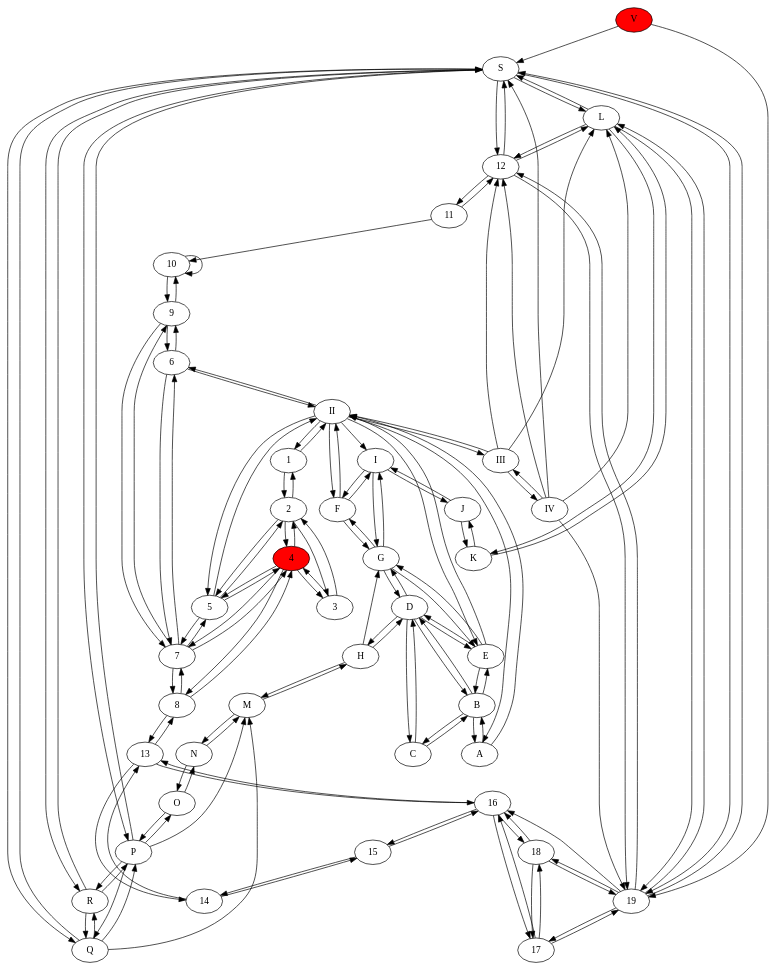
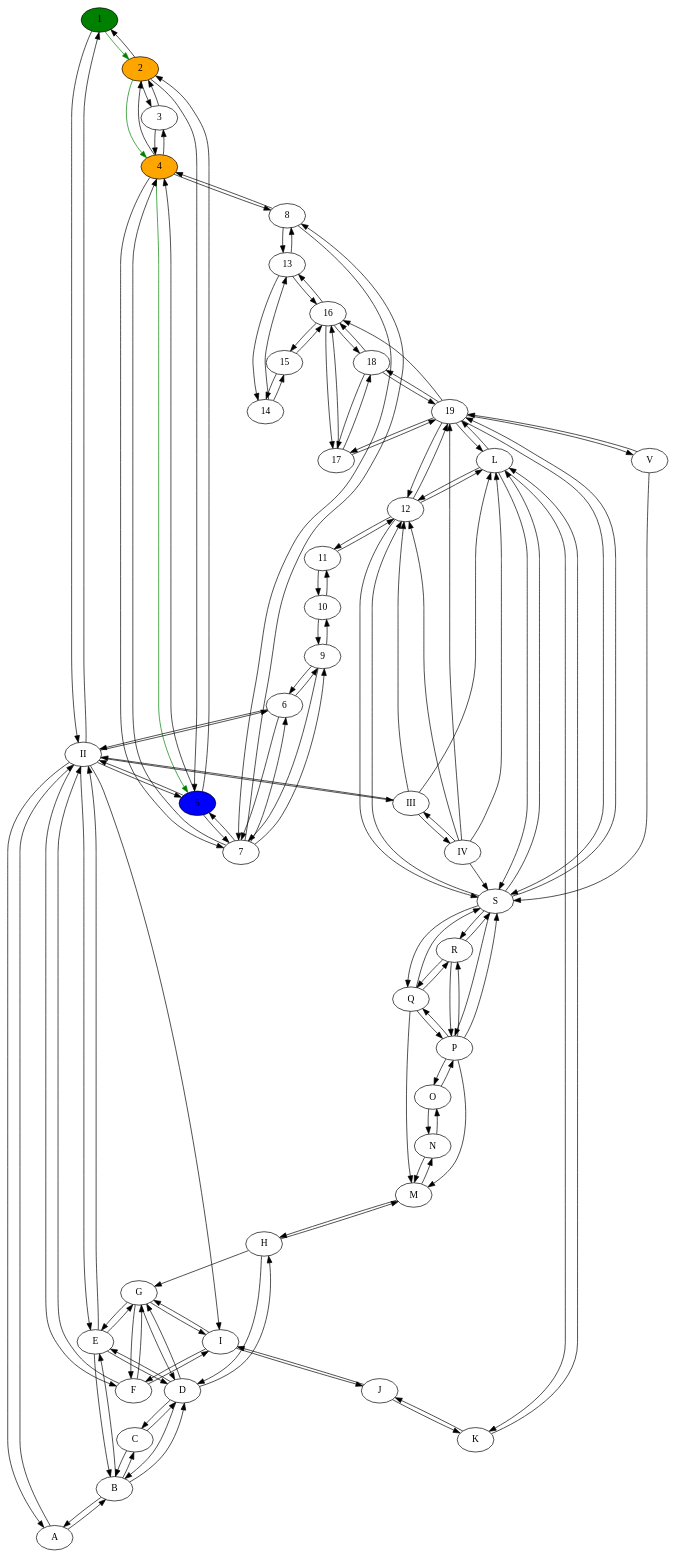
Before and after one commit to timothythiecke/ComputerVisieProject: the diagram in groundplan.dot, drawn with Graphviz. The commit also changed 4 other files, not shown here.

```diff
--- a/groundplan.dot
+++ b/groundplan.dot
@@ -1,146 +1,149 @@
-digraph G {V[fillcolor=red, style=filled]
-4[fillcolor=red, style=filled]
+digraph G {1 -> 2[color=green]
+2 -> 4[color=green]
+4 -> 5[color=green]
+1[fillcolor=green, style=filled]
+2[fillcolor=orange, style=filled]
+4[fillcolor=orange, style=filled]
+5[fillcolor=blue, style=filled]
 I -> F
 I -> G
 I -> J
 II -> I
 II -> 1
 II -> 5
 II ->  6
 II -> A
 II -> E
 II -> F
 II -> III
 III -> II
 III -> IV
 III -> L
 III -> 12
 IV -> III
 IV -> L
 IV -> 12
 IV -> S
 IV -> 19
 V -> S
 V -> 19
-1 -> 2
 1 -> II
 2 -> 1
 2 -> 3
-2 -> 4
 2 -> 5
 3 -> 2
 3 -> 4
 4 -> 2
 4 -> 3
-4 -> 5
 4 -> 7
 4 -> 8
 5 -> 2
 5 -> 4
 5 -> 7
 5 -> II
 6 -> 7
 6 -> 9
 6 -> II
 7 -> 4
 7 -> 5
 7 -> 6
 7 -> 8
 7 -> 9
 8 -> 4
 8 -> 7
 8 -> 13
 9 -> 6
 9 -> 7
 9 -> 10
 10 -> 9
-10 -> 10
+10 -> 11
 11 -> 10
 11 -> 12
 12 -> 11
 12 -> 19
 12 -> L
 12 -> S
 13 -> 8
 13 -> 14
 13 -> 16
 14 -> 13
 14 -> 15
 15 -> 14
 15 -> 16
 16 -> 13
 16 -> 15
 16 -> 17
 16 -> 18
 17 -> 16
 17 -> 18
 17 -> 19
 18 -> 16
 18 -> 17
 18 -> 19
 19 -> 12
 19 -> 16
 19 -> 17
 19 -> 18
 19 -> S
 19 -> L
+19 -> V
 A -> B
 A -> II
 B -> A
 B -> C
 B -> D
 B -> E
 C -> B
 C -> D
 D -> B
 D -> C
 D -> E
 D -> G
 D -> H
 E -> B
 E -> D
 E -> G
 E -> II
 F -> G
 F -> I
 F -> II
 G -> D
 G -> E
 G -> F
 G -> I
 H -> D
 H -> G
 H -> M
 J -> I
 J -> K
 K -> J
 K -> L
 L -> K
 L -> 12
 L -> 19
 L -> S
 M -> H
 M -> N
 N -> M
 N -> O
 O -> N
 O -> P
 P -> M
 P -> O
 P -> Q
 P -> R
 P -> S
 Q -> M
 Q -> P
 Q -> R
 Q -> S
 R -> P
 R -> Q
 R -> S
 S -> P
 S -> Q
 S -> R
 S -> L
 S -> 12
 S -> 19
 }
```
